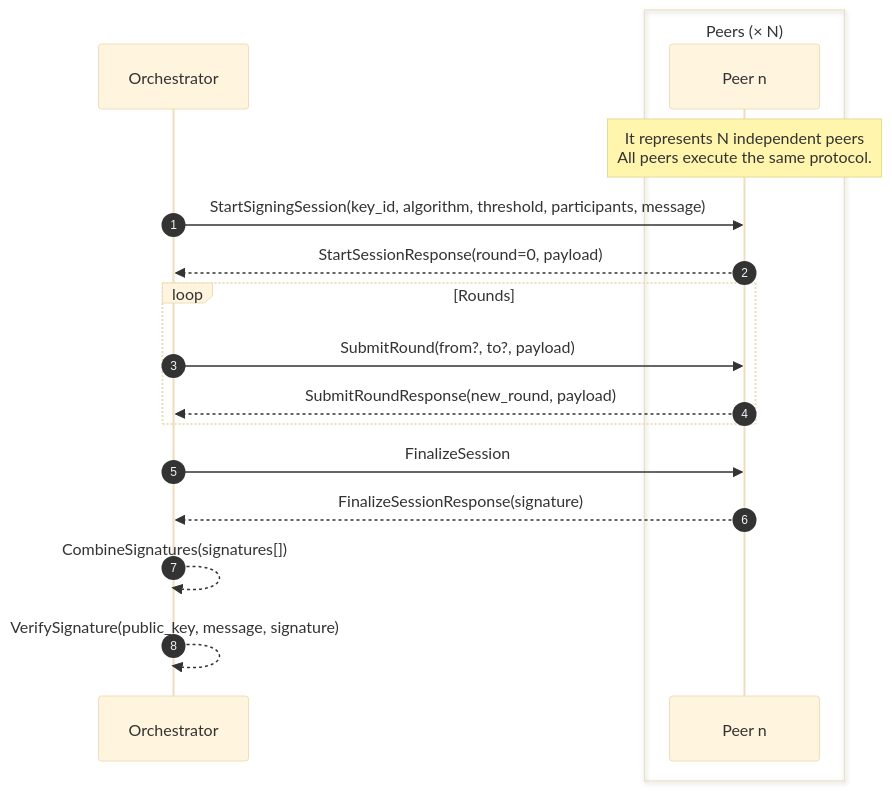
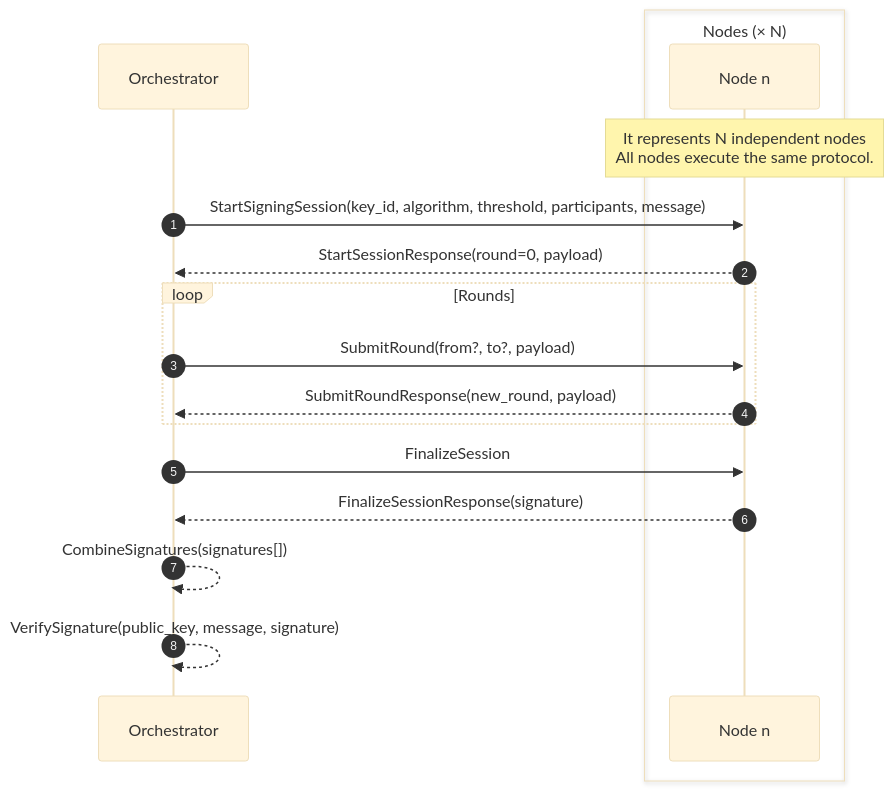
One commit to shreeed-app/multi-party-computation-cryptographic-engine changed the second of 2 diagrams in README.md. Above: the diagram before and after it, drawn with Mermaid (base theme). The commit also changed other lines of this file and 29 other files, not shown here.

````diff
--- a/README.md
+++ b/README.md
@@ -60,25 +60,25 @@
 ```mermaid
 sequenceDiagram
     autonumber
 
     participant Orchestrator
-    box Peers (× N)
-        participant Peer as Peer n
+    box Nodes (× N)
+        participant Node as Node n
     end
 
-    Note over Peer: It represents N independent peers<br />All peers execute the same protocol.
+    Note over Node: It represents N independent nodes<br />All nodes execute the same protocol.
 
-    Orchestrator->>Peer: StartSigningSession(key_id, algorithm, threshold, participants, message)
-    Peer-->>Orchestrator: StartSessionResponse(round=0, payload)
+    Orchestrator->>Node: StartSigningSession(key_id, algorithm, threshold, participants, message)
+    Node-->>Orchestrator: StartSessionResponse(round=0, payload)
 
     loop Rounds
-        Orchestrator->>Peer: SubmitRound(from?, to?, payload)
-        Peer-->>Orchestrator: SubmitRoundResponse(new_round, payload)
+        Orchestrator->>Node: SubmitRound(from?, to?, payload)
+        Node-->>Orchestrator: SubmitRoundResponse(new_round, payload)
     end
 
-    Orchestrator->>Peer: FinalizeSession
-    Peer-->>Orchestrator: FinalizeSessionResponse(signature)
+    Orchestrator->>Node: FinalizeSession
+    Node-->>Orchestrator: FinalizeSessionResponse(signature)
 
     Orchestrator-->>Orchestrator: CombineSignatures(signatures[])
     Orchestrator-->>Orchestrator: VerifySignature(public_key, message, signature)
 ```
````
